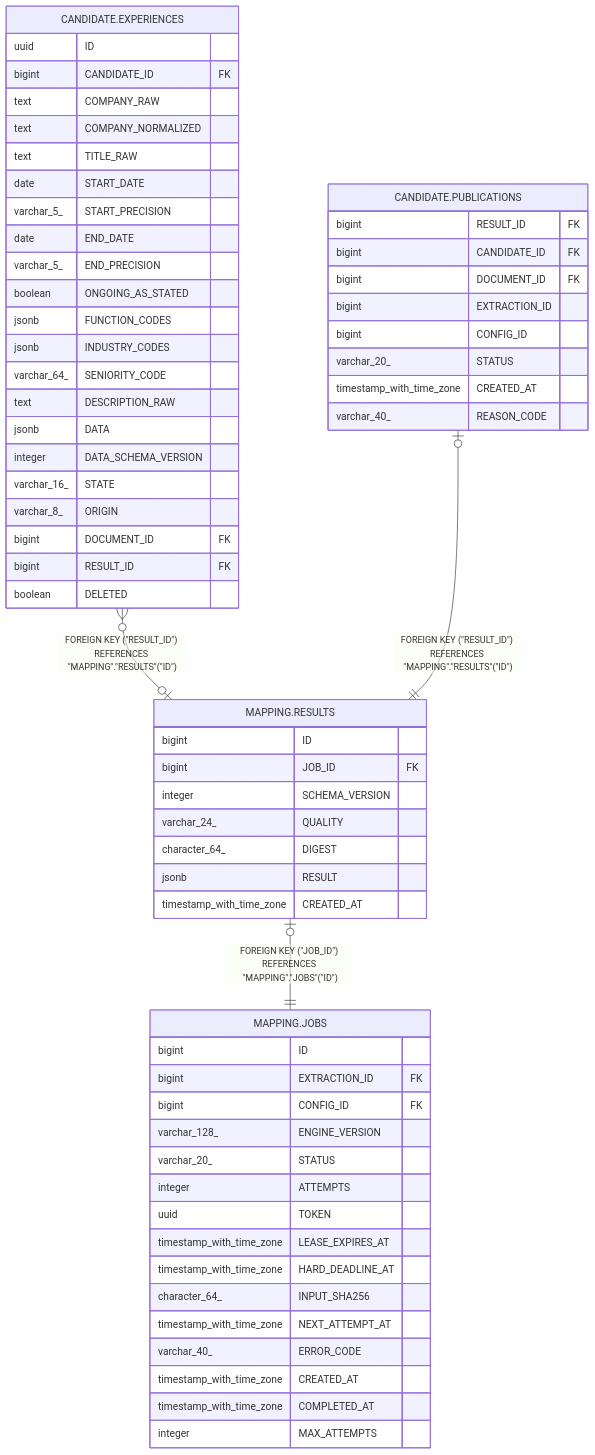
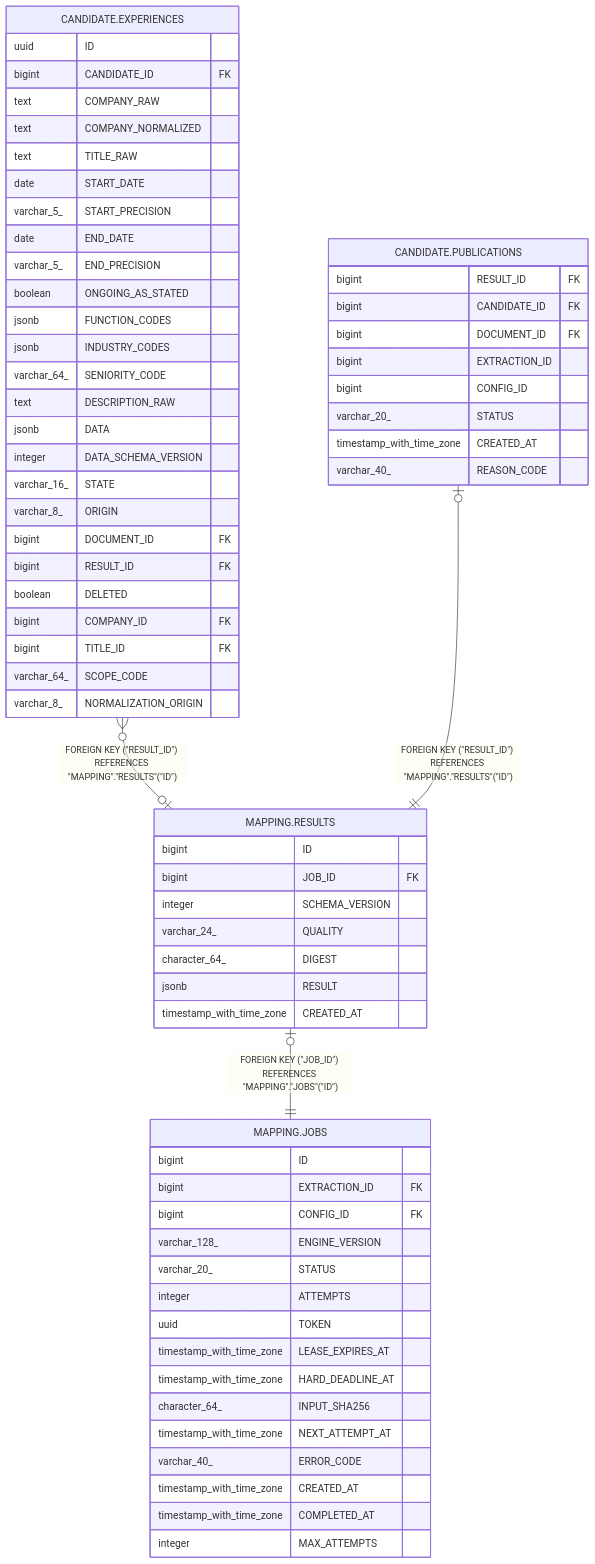
The diagram in docs/db/MAPPING.RESULTS.md (happidude/cv-compass), drawn with Mermaid before and after one commit. The commit also changed 32 other files, not shown here.

First line of the commit message:
feat(catalog): add catalog and search schemas with taxonomy and seed import

````diff
--- a/docs/db/MAPPING.RESULTS.md
+++ b/docs/db/MAPPING.RESULTS.md
@@ -46,67 +46,71 @@
 ```mermaid
 erDiagram
 
 "CANDIDATE.EXPERIENCES" }o--o| "MAPPING.RESULTS" : "FOREIGN KEY (#quot;RESULT_ID#quot;) REFERENCES #quot;MAPPING#quot;.#quot;RESULTS#quot;(#quot;ID#quot;)"
 "CANDIDATE.PUBLICATIONS" |o--|| "MAPPING.RESULTS" : "FOREIGN KEY (#quot;RESULT_ID#quot;) REFERENCES #quot;MAPPING#quot;.#quot;RESULTS#quot;(#quot;ID#quot;)"
 "MAPPING.RESULTS" |o--|| "MAPPING.JOBS" : "FOREIGN KEY (#quot;JOB_ID#quot;) REFERENCES #quot;MAPPING#quot;.#quot;JOBS#quot;(#quot;ID#quot;)"
 
 "MAPPING.RESULTS" {
   bigint ID
   bigint JOB_ID FK
   integer SCHEMA_VERSION
   varchar_24_ QUALITY
   character_64_ DIGEST
   jsonb RESULT
   timestamp_with_time_zone CREATED_AT
 }
 "CANDIDATE.EXPERIENCES" {
   uuid ID
   bigint CANDIDATE_ID FK
   text COMPANY_RAW
   text COMPANY_NORMALIZED
   text TITLE_RAW
   date START_DATE
   varchar_5_ START_PRECISION
   date END_DATE
   varchar_5_ END_PRECISION
   boolean ONGOING_AS_STATED
   jsonb FUNCTION_CODES
   jsonb INDUSTRY_CODES
   varchar_64_ SENIORITY_CODE
   text DESCRIPTION_RAW
   jsonb DATA
   integer DATA_SCHEMA_VERSION
   varchar_16_ STATE
   varchar_8_ ORIGIN
   bigint DOCUMENT_ID FK
   bigint RESULT_ID FK
   boolean DELETED
+  bigint COMPANY_ID FK
+  bigint TITLE_ID FK
+  varchar_64_ SCOPE_CODE
+  varchar_8_ NORMALIZATION_ORIGIN
 }
 "CANDIDATE.PUBLICATIONS" {
   bigint RESULT_ID FK
   bigint CANDIDATE_ID FK
   bigint DOCUMENT_ID FK
   bigint EXTRACTION_ID
   bigint CONFIG_ID
   varchar_20_ STATUS
   timestamp_with_time_zone CREATED_AT
   varchar_40_ REASON_CODE
 }
 "MAPPING.JOBS" {
   bigint ID
   bigint EXTRACTION_ID FK
   bigint CONFIG_ID FK
   varchar_128_ ENGINE_VERSION
   varchar_20_ STATUS
   integer ATTEMPTS
   uuid TOKEN
   timestamp_with_time_zone LEASE_EXPIRES_AT
   timestamp_with_time_zone HARD_DEADLINE_AT
   character_64_ INPUT_SHA256
   timestamp_with_time_zone NEXT_ATTEMPT_AT
   varchar_40_ ERROR_CODE
   timestamp_with_time_zone CREATED_AT
   timestamp_with_time_zone COMPLETED_AT
   integer MAX_ATTEMPTS
 }
 ```
````
